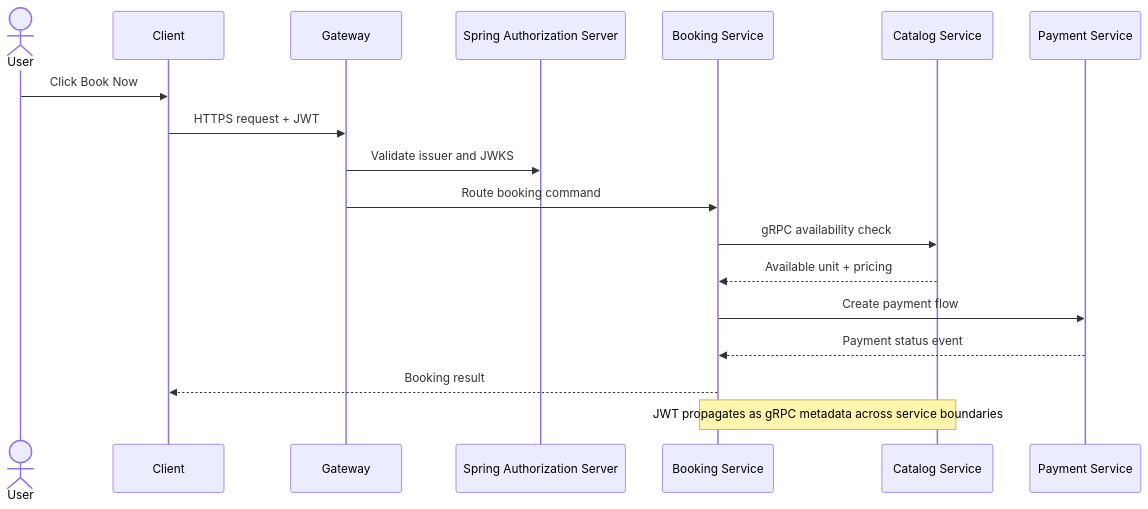
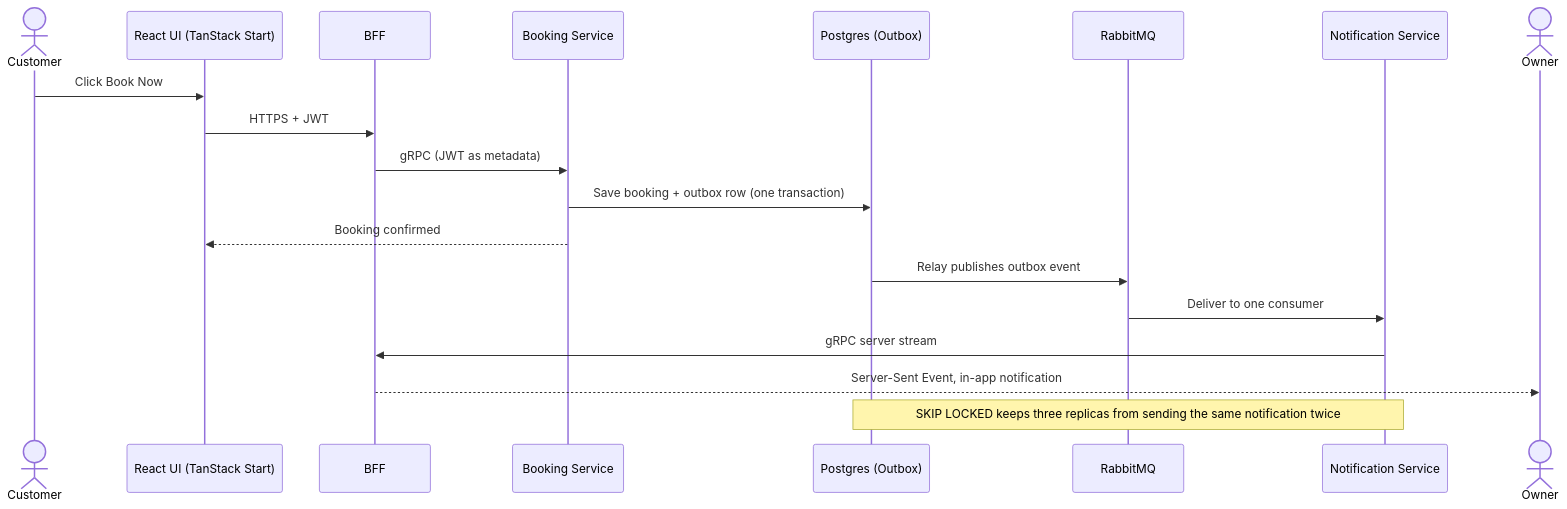
Before and after one commit to markmumba/markmumba: the diagram in README.md, drawn with Mermaid. The commit also changed other lines of this file and 1 other file, not shown here.

First line of the commit message:
Reposition profile README for full-stack roles

````diff
--- a/README.md
+++ b/README.md
@@ -43,21 +47,22 @@
 ```mermaid
 sequenceDiagram
-    actor User
-    participant Client
-    participant Gateway
-    participant Auth as Spring Authorization Server
+    actor Customer
+    participant UI as React UI (TanStack Start)
+    participant BFF
     participant Booking as Booking Service
-    participant Catalog as Catalog Service
-    participant Payments as Payment Service
+    participant DB as Postgres (Outbox)
+    participant MQ as RabbitMQ
+    participant Notify as Notification Service
+    actor Owner
 
-    User->>Client: Click Book Now
-    Client->>Gateway: HTTPS request + JWT
-    Gateway->>Auth: Validate issuer and JWKS
-    Gateway->>Booking: Route booking command
-    Booking->>Catalog: gRPC availability check
-    Catalog-->>Booking: Available unit + pricing
-    Booking->>Payments: Create payment flow
-    Payments-->>Booking: Payment status event
-    Booking-->>Client: Booking result
-    Note over Booking,Catalog: JWT propagates as gRPC metadata across service boundaries
+    Customer->>UI: Click Book Now
+    UI->>BFF: HTTPS + JWT
+    BFF->>Booking: gRPC (JWT as metadata)
+    Booking->>DB: Save booking + outbox row (one transaction)
+    Booking-->>UI: Booking confirmed
+    DB->>MQ: Relay publishes outbox event
+    MQ->>Notify: Deliver to one consumer
+    Notify->>BFF: gRPC server stream
+    BFF-->>Owner: Server-Sent Event, in-app notification
+    Note over DB,Notify: SKIP LOCKED keeps three replicas from sending the same notification twice
 ```
````
